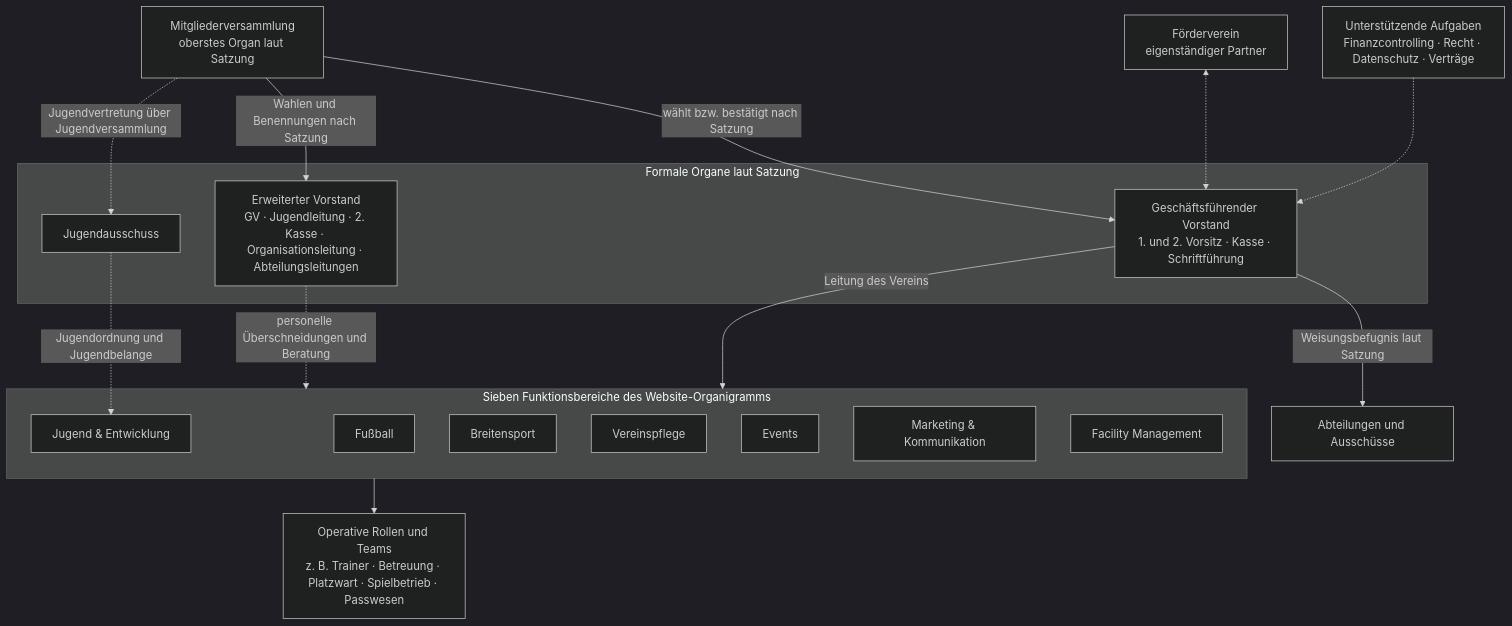
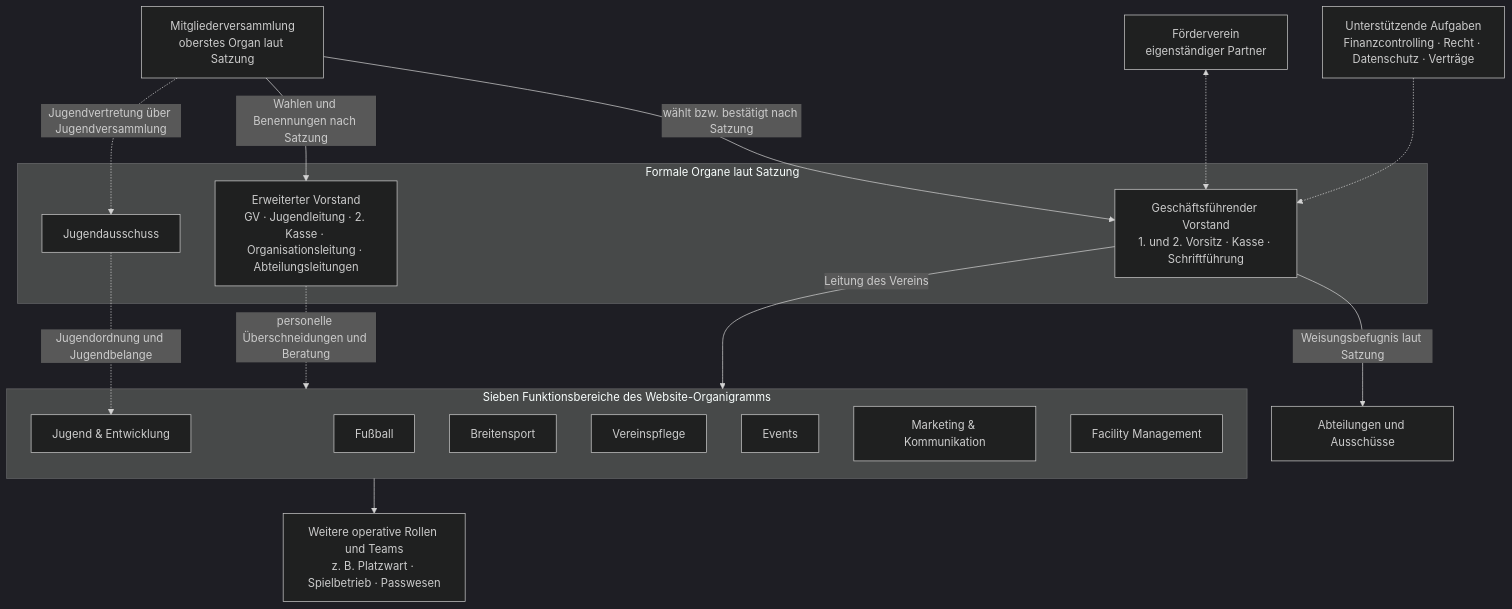
One commit to Gerinjo/bsv-strategie-2031 changed the first of 2 diagrams in diagramme/interne-kommunikation-organigramm.md. Above: the diagram before and after it, drawn with Mermaid (dark theme). The commit also changed other lines of this file and 8 other files, not shown here.

````diff
--- a/diagramme/interne-kommunikation-organigramm.md
+++ b/diagramme/interne-kommunikation-organigramm.md
@@ -16,34 +16,34 @@
 ```mermaid
 flowchart TD
     MV[Mitgliederversammlung<br/>oberstes Organ laut Satzung]
 
     subgraph O[Formale Organe laut Satzung]
         GV[Geschäftsführender Vorstand<br/>1. und 2. Vorsitz · Kasse · Schriftführung]
         EV[Erweiterter Vorstand<br/>GV · Jugendleitung · 2. Kasse · Organisationsleitung · Abteilungsleitungen]
         JA[Jugendausschuss]
     end
 
     MV -->|wählt bzw. bestätigt nach Satzung| GV
     MV -->|Wahlen und Benennungen nach Satzung| EV
     MV -.->|Jugendvertretung über Jugendversammlung| JA
 
     GV -->|Leitung des Vereins| F
     GV -->|Weisungsbefugnis laut Satzung| AA[Abteilungen und Ausschüsse]
 
     subgraph F[Sieben Funktionsbereiche des Website-Organigramms]
         F1[Fußball]
         F2[Jugend & Entwicklung]
         F3[Breitensport]
         F4[Vereinspflege]
         F5[Events]
         F6[Marketing & Kommunikation]
         F7[Facility Management]
     end
 
-    F --> OP[Operative Rollen und Teams<br/>z. B. Trainer · Betreuung · Platzwart · Spielbetrieb · Passwesen]
+    F --> OP[Weitere operative Rollen und Teams<br/>z. B. Platzwart · Spielbetrieb · Passwesen]
     EV -.->|personelle Überschneidungen und Beratung| F
     JA -.->|Jugendordnung und Jugendbelange| F2
 
     U[Unterstützende Aufgaben<br/>Finanzcontrolling · Recht · Datenschutz · Verträge] -.-> GV
     FV[Förderverein<br/>eigenständiger Partner] <-.-> GV
 ```
````
